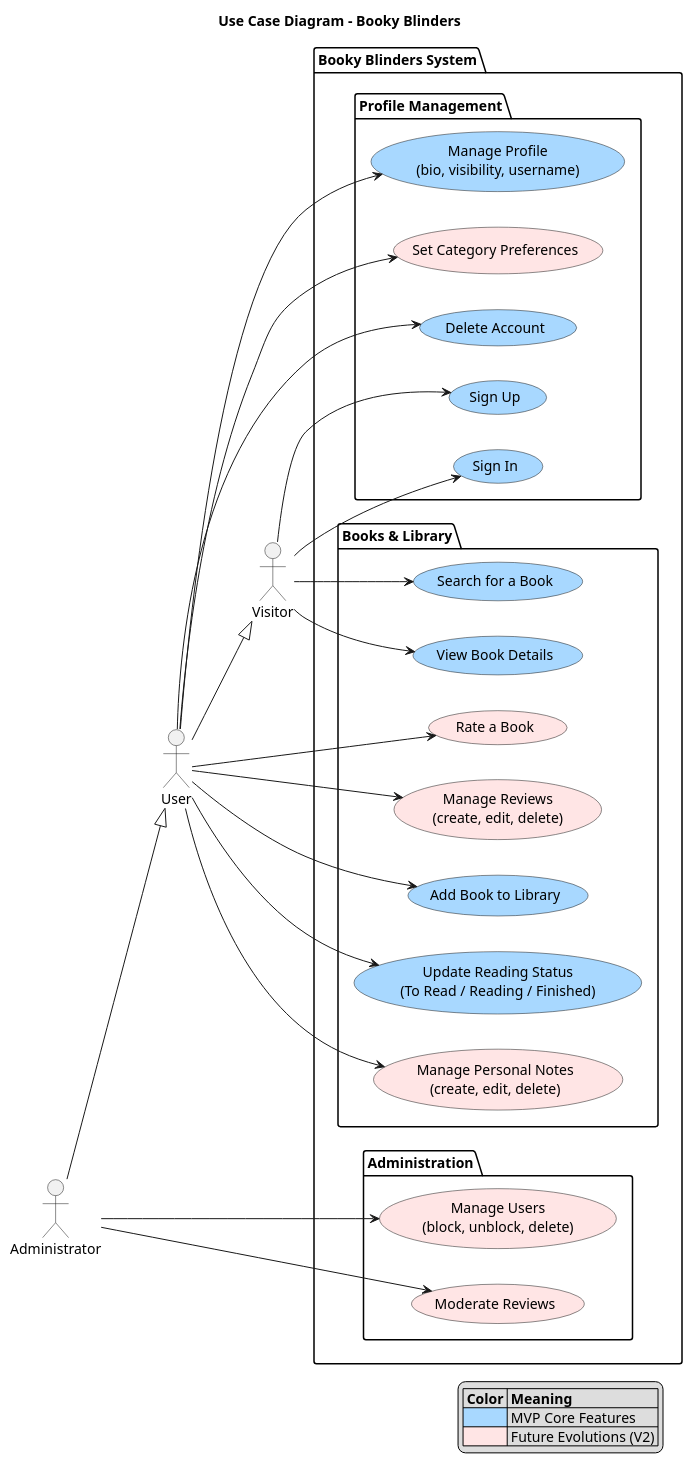
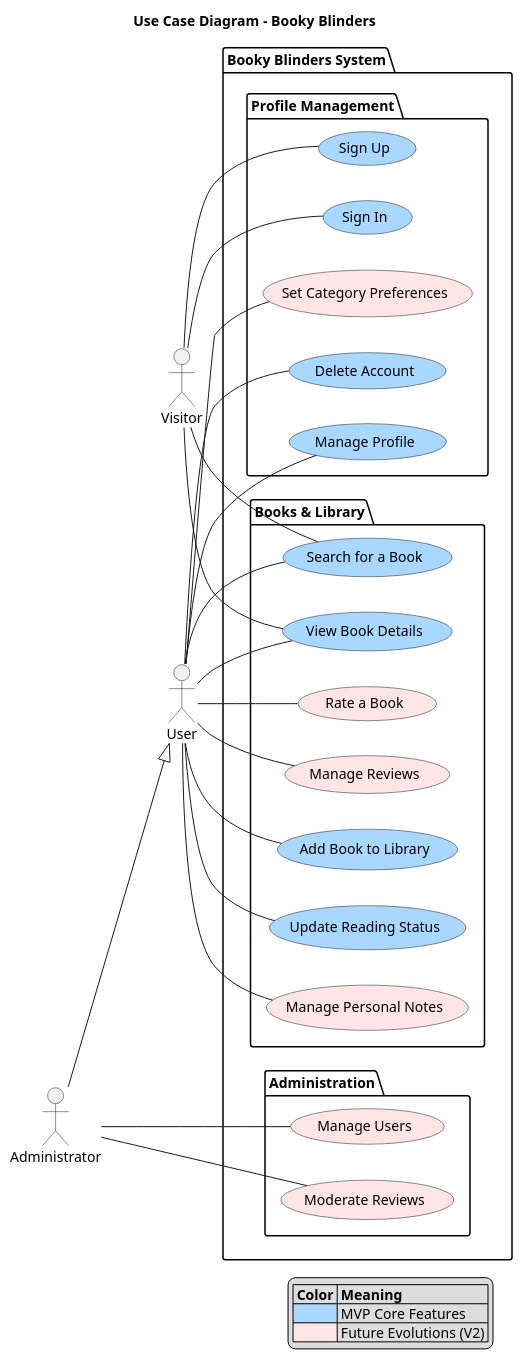
One commit to Mohinsch/BookyBlinders changed the diagram in conception/UseCase.md. Above: the diagram before and after it, drawn with PlantUML. The commit also changed 1 other file, not shown here.

Commit message:
fix: change usecase diagram with correct uml language

````diff
--- a/conception/UseCase.md
+++ b/conception/UseCase.md
@@ -4,66 +4,67 @@
 ```plantuml
 @startuml
 title Use Case Diagram - Booky Blinders
 
 left to right direction
 
 ' Actor Definitions
 actor "Visitor" as V
 actor "User" as U
 actor "Administrator" as A
 
 package "Booky Blinders System" {
     
     package "Profile Management" {
         usecase UC1 as "Sign Up" #A8D8FF
         usecase UC2 as "Sign In" #A8D8FF
-        usecase UC3 as "Manage Profile\n(bio, visibility, username)" #A8D8FF
+        usecase UC3 as "Manage Profile" #A8D8FF
         usecase UC4 as "Set Category Preferences" #FFE5E5
         usecase UC5 as "Delete Account" #A8D8FF
     }
     
     package "Books & Library" {
         usecase UC6 as "Search for a Book" #A8D8FF
         usecase UC7 as "View Book Details" #A8D8FF
         usecase UC8 as "Add Book to Library" #A8D8FF
-        usecase UC9 as "Update Reading Status\n(To Read / Reading / Finished)" #A8D8FF
-        usecase UC10 as "Manage Personal Notes\n(create, edit, delete)" #FFE5E5
+        usecase UC9 as "Update Reading Status" #A8D8FF
+        usecase UC10 as "Manage Personal Notes" #FFE5E5
         usecase UC11 as "Rate a Book" #FFE5E5
-        usecase UC12 as "Manage Reviews\n(create, edit, delete)" #FFE5E5
+        usecase UC12 as "Manage Reviews" #FFE5E5
     }
     
     package "Administration" {
-        usecase UC13 as "Manage Users\n(block, unblock, delete)" #FFE5E5
+        usecase UC13 as "Manage Users" #FFE5E5
         usecase UC14 as "Moderate Reviews" #FFE5E5
     }
 }
 
 ' Actor Relationships
-V --> UC1
-V --> UC2
-V --> UC6
-V --> UC7
+V -- UC1
+V -- UC2
+V -- UC6
+V -- UC7
 
-U --|> V
-U --> UC3
-U --> UC4
-U --> UC5
-U --> UC8
-U --> UC9
-U --> UC10
-U --> UC11
-U --> UC12
+U -- UC6
+U -- UC7
+U -- UC3
+U -- UC4
+U -- UC5
+U -- UC8
+U -- UC9
+U -- UC10
+U -- UC11
+U -- UC12
 
 A --|> U
-A --> UC13
-A --> UC14
+A -- UC13
+A -- UC14
 
 ' Legend
 legend right
   |= Color |= Meaning |
   |<#A8D8FF>| MVP Core Features |
   |<#FFE5E5>| Future Evolutions (V2) |
 endlegend
 
 @enduml
 ```
````
